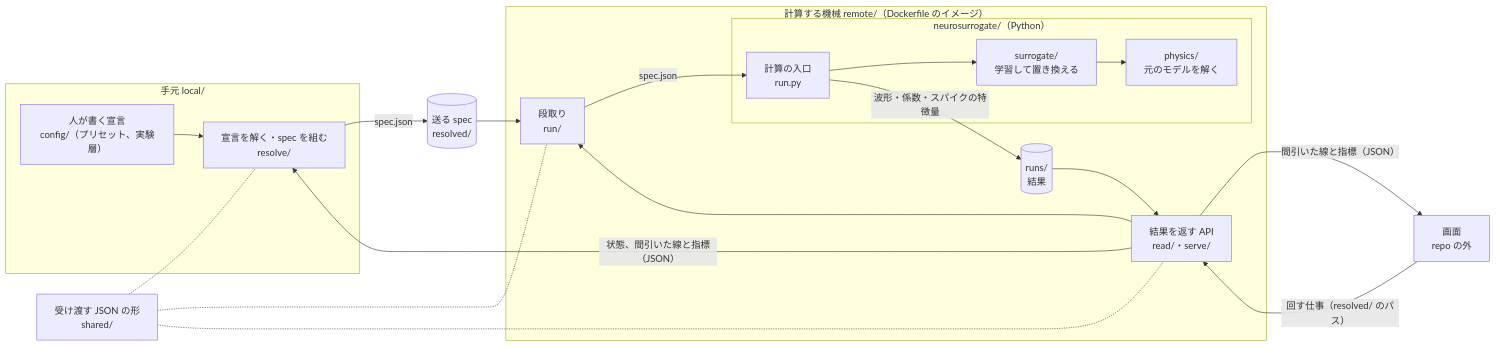
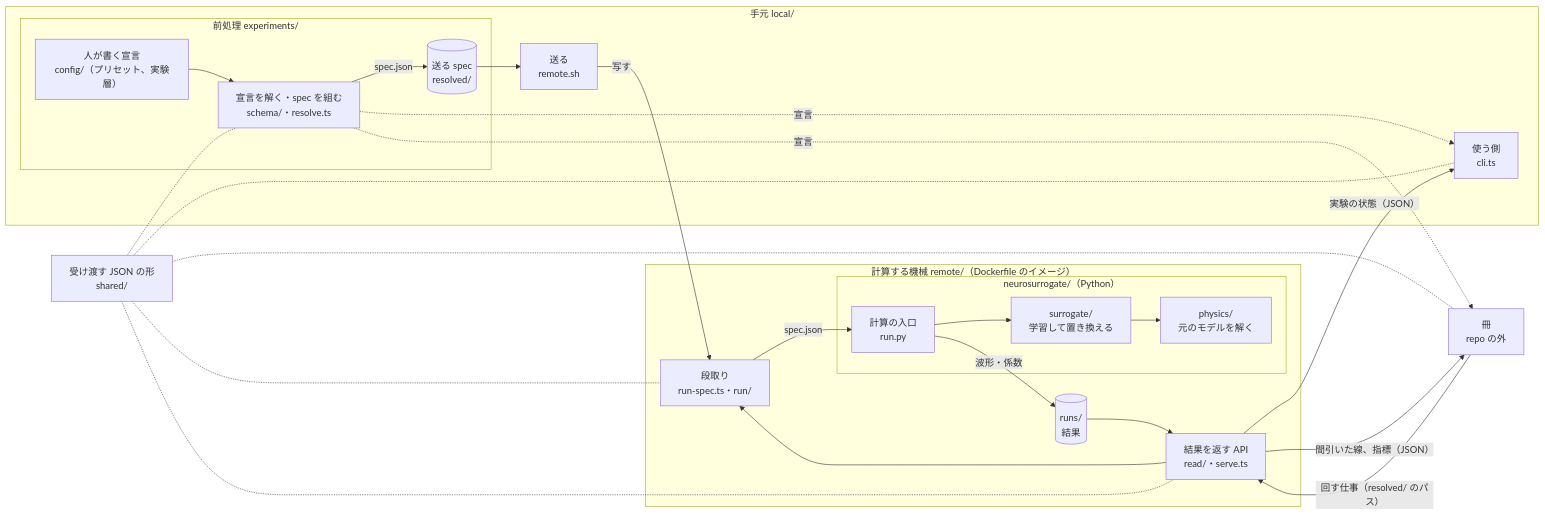
One commit to MunechikaHaruki/SINDyNeuroSurrogate changed the first of 3 diagrams in README.md. Above: the diagram before and after it, drawn with Mermaid. The commit also changed other lines of this file and 205 other files, not shown here.

````diff
--- a/README.md
+++ b/README.md
@@ -17,35 +17,44 @@
 ```mermaid
 flowchart LR
   subgraph local["手元 local/"]
-    config["人が書く宣言<br/>config/（プリセット、実験層）"]
-    exp["宣言を解く・spec を組む<br/>resolve/"]
+    subgraph experiments["前処理 experiments/"]
+      config["人が書く宣言<br/>config/（プリセット、実験層）"]
+      exp["宣言を解く・spec を組む<br/>schema/・resolve.ts"]
+      resolved[("送る spec<br/>resolved/")]
+    end
+    client["送る<br/>remote.sh"]
+    cli["使う側<br/>cli.ts"]
   end
-  resolved[("送る spec<br/>resolved/")]
   subgraph machine["計算する機械 remote/（Dockerfile のイメージ）"]
-    orch["段取り<br/>run/"]
+    orch["段取り<br/>run-spec.ts・run/"]
     subgraph py["neurosurrogate/（Python）"]
       entry["計算の入口<br/>run.py"]
       surr["surrogate/<br/>学習して置き換える"]
       phys["physics/<br/>元のモデルを解く"]
     end
     runs[("runs/<br/>結果")]
-    serve["結果を返す API<br/>read/・serve/"]
+    serve["結果を返す API<br/>read/・serve.ts"]
   end
   format["受け渡す JSON の形<br/>shared/"]
-  view["画面<br/>repo の外"]
+  view["冊<br/>repo の外"]
   config --> exp
   exp -- "spec.json" --> resolved
-  resolved --> orch
+  resolved --> client
+  client -- "写す" --> orch
   orch -- "spec.json" --> entry
   entry --> surr
   surr --> phys
-  entry -- "波形・係数・スパイクの特徴量" --> runs
+  entry -- "波形・係数" --> runs
   runs --> serve
-  serve -- "状態、間引いた線と指標（JSON）" --> exp
-  serve -- "間引いた線と指標（JSON）" --> view
+  serve -- "実験の状態（JSON）" --> cli
+  exp -. "宣言" .-> cli
+  exp -. "宣言" .-> view
+  serve -- "間引いた線、指標（JSON）" --> view
   view -- "回す仕事（resolved/ のパス）" --> serve
   serve --> orch
   format -.- exp
+  format -.- cli
+  format -.- view
   format -.- orch
   format -.- serve
 ```
````
